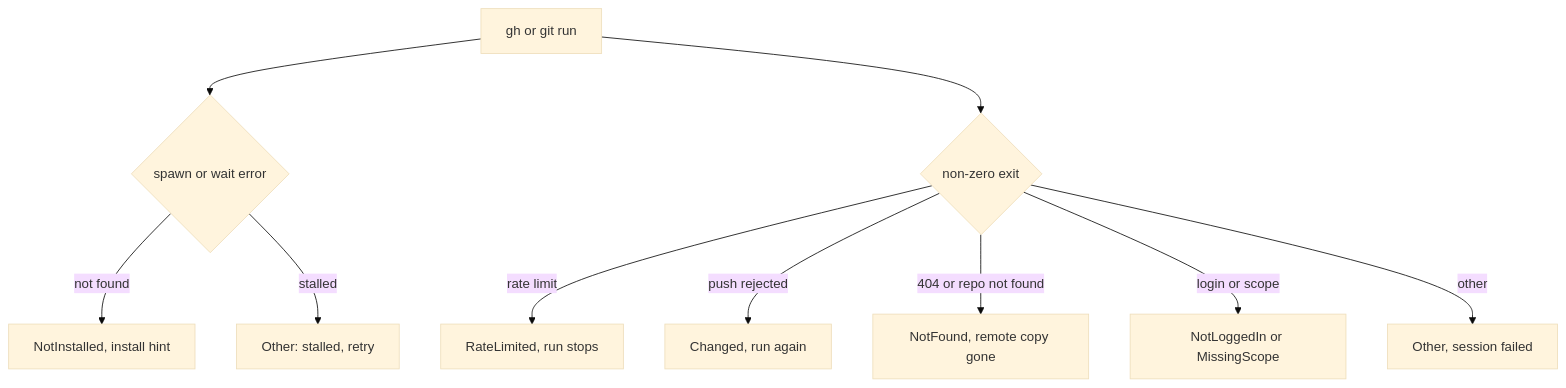
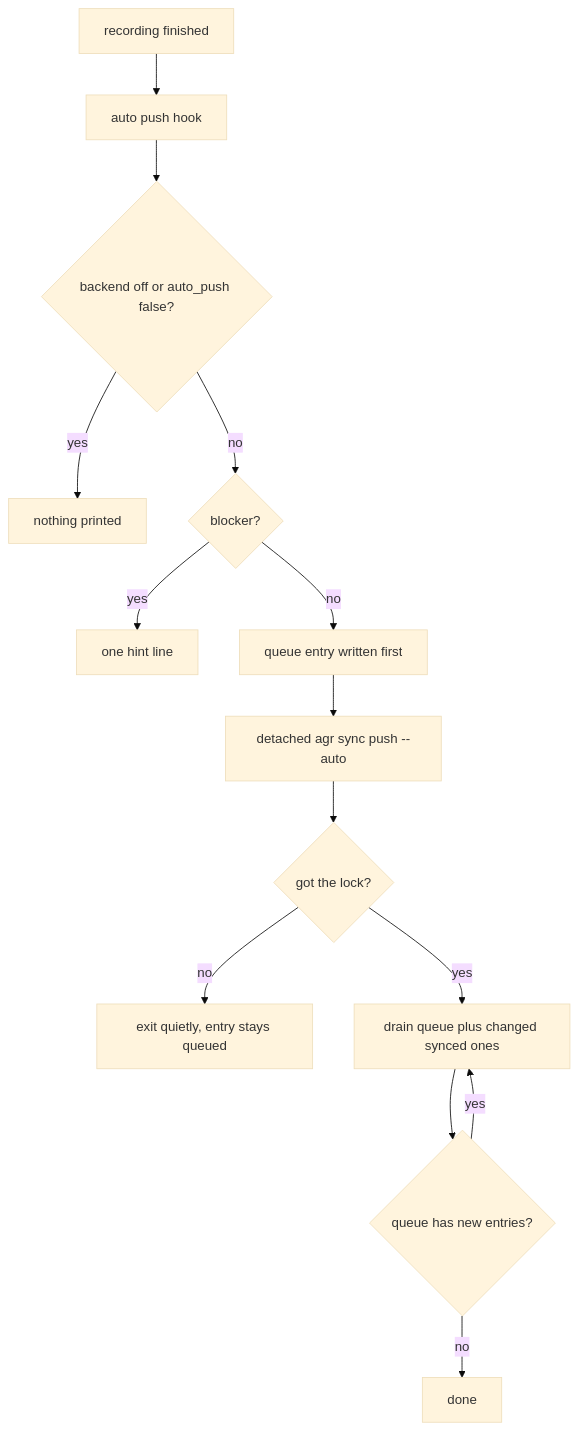
One commit to thiscantbeserious/agent-session-recorder changed the seventh of 7 diagrams in docs/architecture/sync.md. Above: the diagram before and after it, drawn with Mermaid (base theme). The commit also changed other lines of this file and 6 other files, not shown here.

First line of the commit message:
docs(docs): sync architecture, user page, command wiki with intro, configuration, COMMANDS, man pages and README for packs

````diff
--- a/docs/architecture/sync.md
+++ b/docs/architecture/sync.md
@@ -377,12 +218,16 @@
 ```mermaid
 flowchart TD
-    run[gh or git run] --> io{spawn or wait error}
-    io -- not found --> notinst[NotInstalled, install hint]
-    io -- stalled --> stall[Other: stalled, retry]
-    run --> exit{non-zero exit}
-    exit -- rate limit --> rate[RateLimited, run stops]
-    exit -- push rejected --> changed[Changed, run again]
-    exit -- 404 or repo not found --> gone[NotFound, remote copy gone]
-    exit -- login or scope --> auth[NotLoggedIn or MissingScope]
-    exit -- other --> other[Other, session failed]
+    rec[recording finished] --> hook[auto push hook]
+    hook --> off{backend off or auto_push false?}
+    off -- yes --> silent[nothing printed]
+    off -- no --> block{blocker?}
+    block -- yes --> hint[one hint line]
+    block -- no --> queue[queue entry written first]
+    queue --> child[detached agr sync push --auto]
+    child --> lock{got the lock?}
+    lock -- no --> quiet[exit quietly, entry stays queued]
+    lock -- yes --> drain[drain queue plus changed synced ones]
+    drain --> again{queue has new entries?}
+    again -- yes --> drain
+    again -- no --> done[done]
 ```
````
